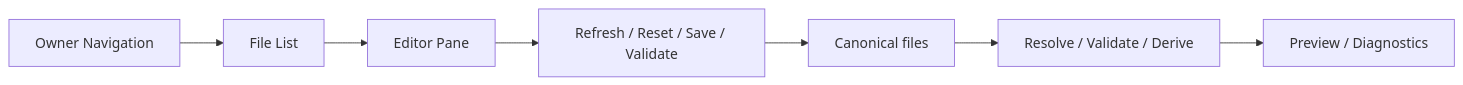
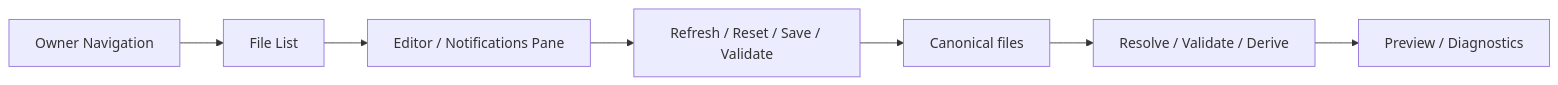
One commit to SungYongMOON/soulforge changed the diagram in docs/architecture/ui/UI_CONTROL_CENTER_MODEL.md. Above: the diagram before and after it, drawn with Mermaid. The commit also changed other lines of this file and 230 other files, not shown here.

````diff
--- a/docs/architecture/ui/UI_CONTROL_CENTER_MODEL.md
+++ b/docs/architecture/ui/UI_CONTROL_CENTER_MODEL.md
@@ -18,9 +19,9 @@
 ```mermaid
 flowchart LR
   NAV["Owner Navigation"] --> FILES["File List"]
-  FILES --> EDITOR["Editor Pane"]
+  FILES --> EDITOR["Editor / Notifications Pane"]
   EDITOR --> ACTIONS["Refresh / Reset / Save / Validate"]
   ACTIONS --> SRC["Canonical files"]
   SRC --> DERIVE["Resolve / Validate / Derive"]
   DERIVE --> PREVIEW["Preview / Diagnostics"]
 ```
````
